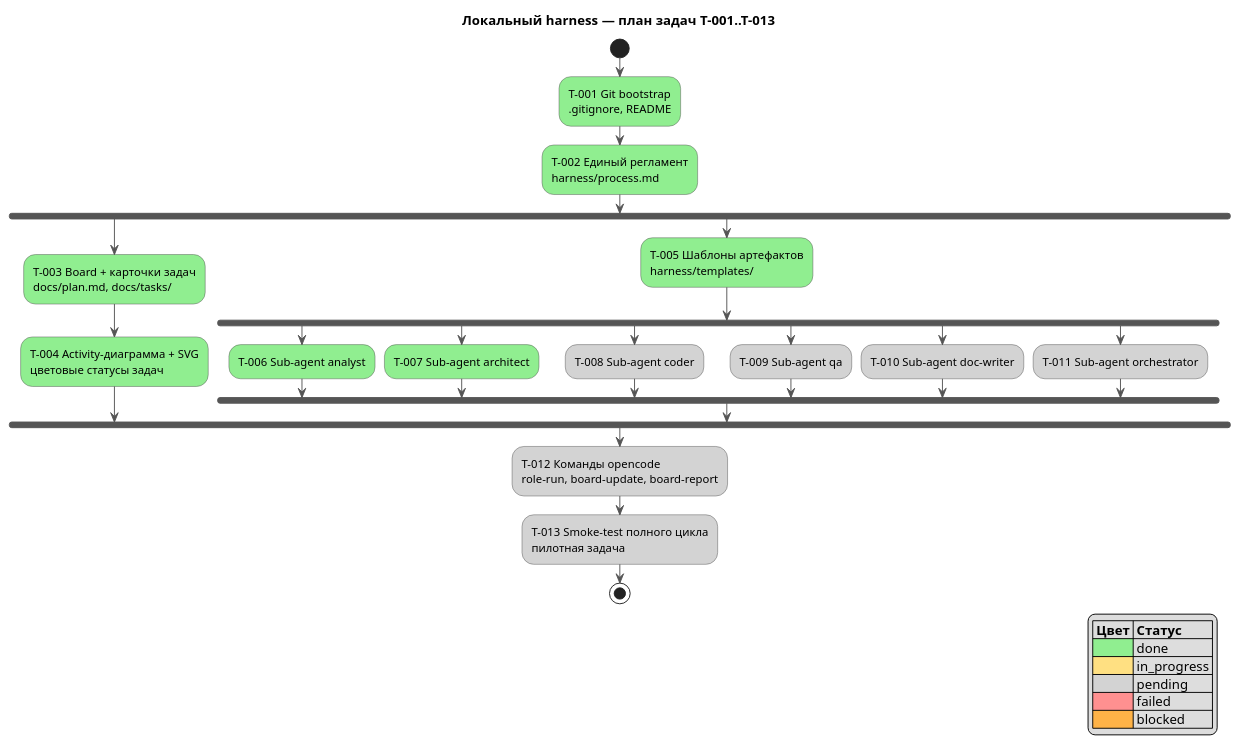
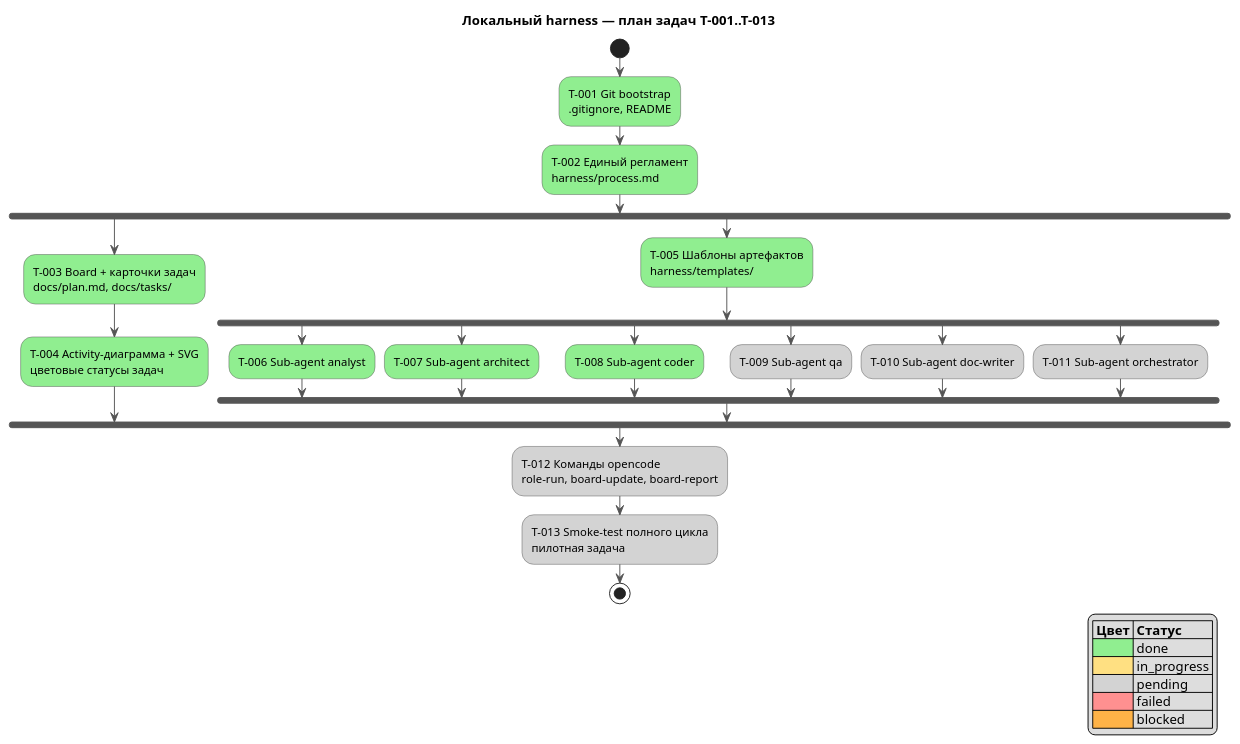
The diagram in docs/activity.puml (serge-sasov/harness), drawn with PlantUML before and after one commit. The commit also changed 5 other files, not shown here.

Commit message:
T-008: sub-agent coder (tiel-coder:35b-a3b-mtp-128k-text)

```diff
--- a/docs/activity.puml
+++ b/docs/activity.puml
@@ -1,42 +1,42 @@
 @startuml
 skinparam defaultFontName Segoe UI
 skinparam ActivityBackgroundColor #FFFFFF
 skinparam ActivityBorderColor #555555
 skinparam ArrowColor #555555
 title Локальный harness — план задач T-001..T-013
 
 start
 #90EE90:T-001 Git bootstrap\n.gitignore, README;
 #90EE90:T-002 Единый регламент\nharness/process.md;
 fork
   #90EE90:T-003 Board + карточки задач\ndocs/plan.md, docs/tasks/;
   #90EE90:T-004 Activity-диаграмма + SVG\nцветовые статусы задач;
 fork again
   #90EE90:T-005 Шаблоны артефактов\nharness/templates/;
   fork
     #90EE90:T-006 Sub-agent analyst;
   fork again
     #90EE90:T-007 Sub-agent architect;
   fork again
-    #D3D3D3:T-008 Sub-agent coder;
+    #90EE90:T-008 Sub-agent coder;
   fork again
     #D3D3D3:T-009 Sub-agent qa;
   fork again
     #D3D3D3:T-010 Sub-agent doc-writer;
   fork again
     #D3D3D3:T-011 Sub-agent orchestrator;
   end fork
 end fork
 #D3D3D3:T-012 Команды opencode\nrole-run, board-update, board-report;
 #D3D3D3:T-013 Smoke-test полного цикла\nпилотная задача;
 stop
 
 legend right
 |= Цвет |= Статус |
 |<#90EE90>| done |
 |<#FFE082>| in_progress |
 |<#D3D3D3>| pending |
 |<#FF9090>| failed |
 |<#FFB347>| blocked |
 endlegend
 @enduml
```
